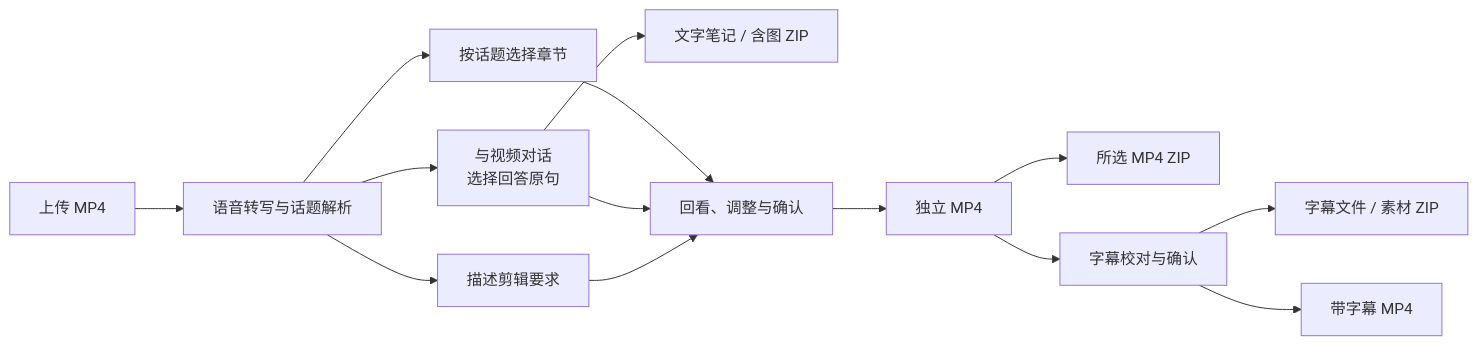
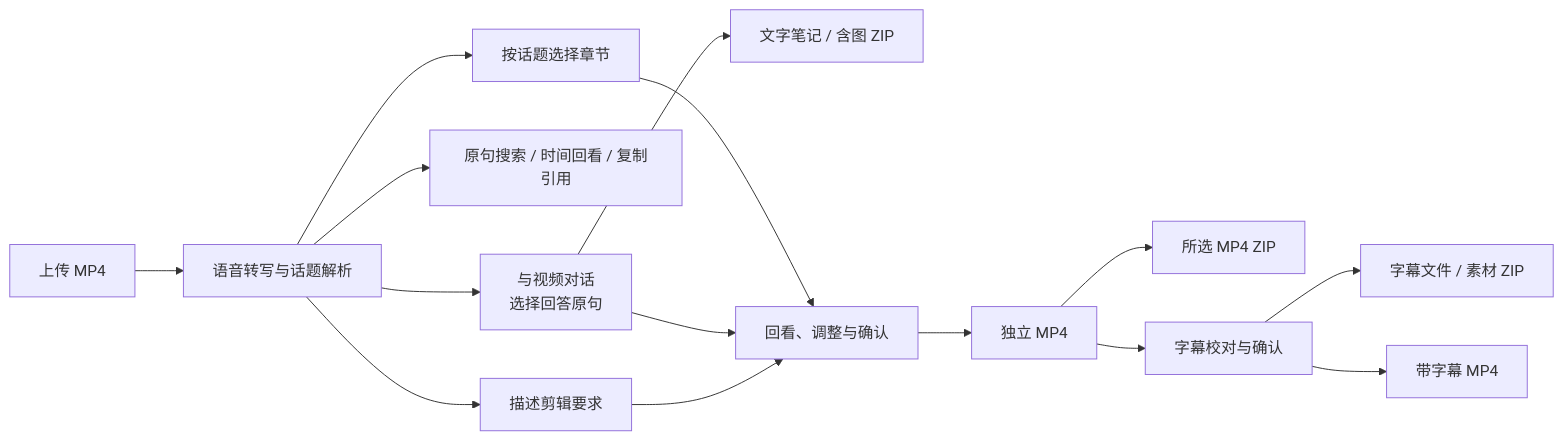
Before and after one commit to Lshiii/LiveCut-AI: the first of 2 diagrams in README.md, drawn with Mermaid. The commit also changed other lines of this file and 21 other files, not shown here.

````diff
--- a/README.md
+++ b/README.md
@@ -25,16 +26,17 @@
 ```mermaid
 flowchart LR
     A[上传 MP4] --> B[语音转写与话题解析]
     B --> C[按话题选择章节]
+    B --> S[原句搜索 / 时间回看 / 复制引用]
     B --> D["与视频对话<br/>选择回答原句"]
     D --> N[文字笔记 / 含图 ZIP]
     B --> E[描述剪辑要求]
     C --> F[回看、调整与确认]
     D --> F
     E --> F
     F --> G[独立 MP4]
     G --> K[所选 MP4 ZIP]
     G --> H[字幕校对与确认]
     H --> I[字幕文件 / 素材 ZIP]
     H --> J[带字幕 MP4]
 ```
````
